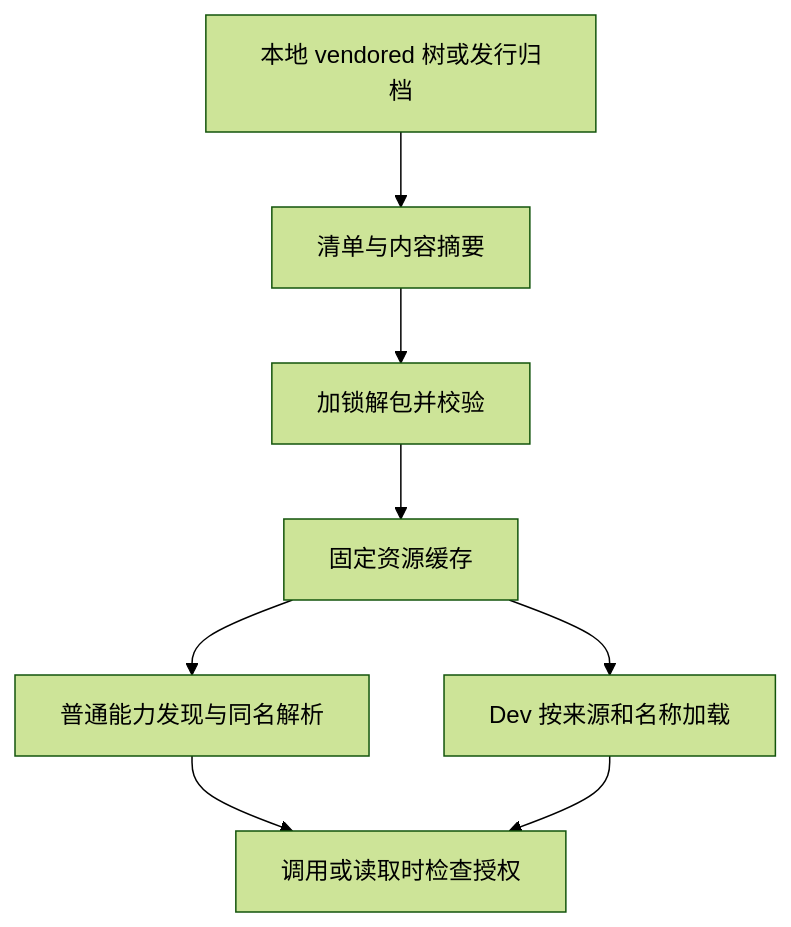
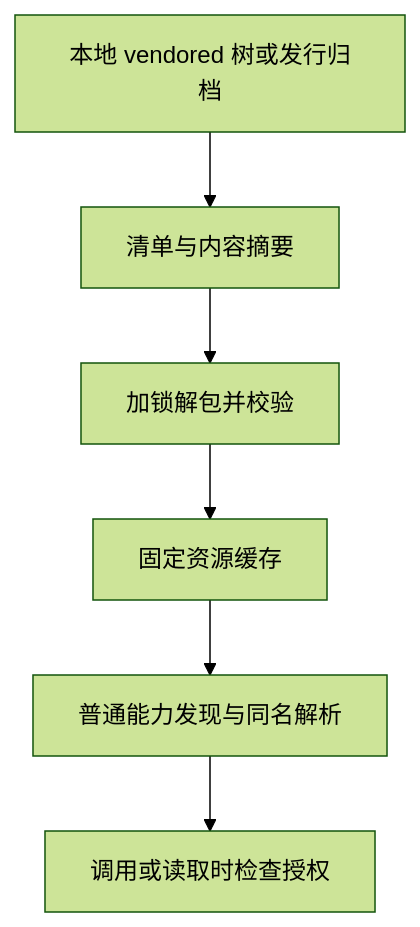
The diagram in openwiki/integrations/skills-and-spec-resources.md (jchanghong023/oh-my-pi), drawn with Mermaid (forest theme) before and after one commit. The commit also changed other lines of this file and 3722 other files, not shown here.

````diff
--- a/openwiki/integrations/skills-and-spec-resources.md
+++ b/openwiki/integrations/skills-and-spec-resources.md
@@ -45,10 +41,8 @@
 ```mermaid
 flowchart TD
     A["本地 vendored 树或发行归档"] --> B["清单与内容摘要"]
     B --> C["加锁解包并校验"]
     C --> D["固定资源缓存"]
     D --> E["普通能力发现与同名解析"]
-    D --> F["Dev 按来源和名称加载"]
     E --> G["调用或读取时检查授权"]
-    F --> G
 ```
````
